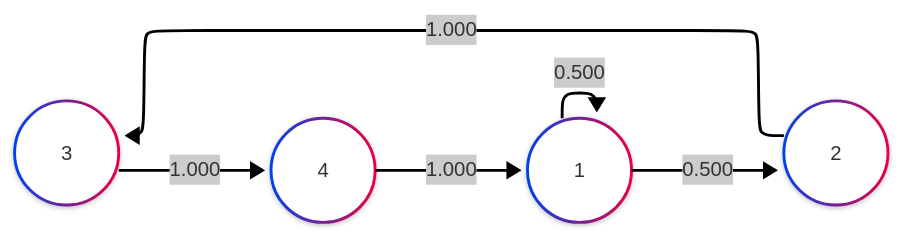
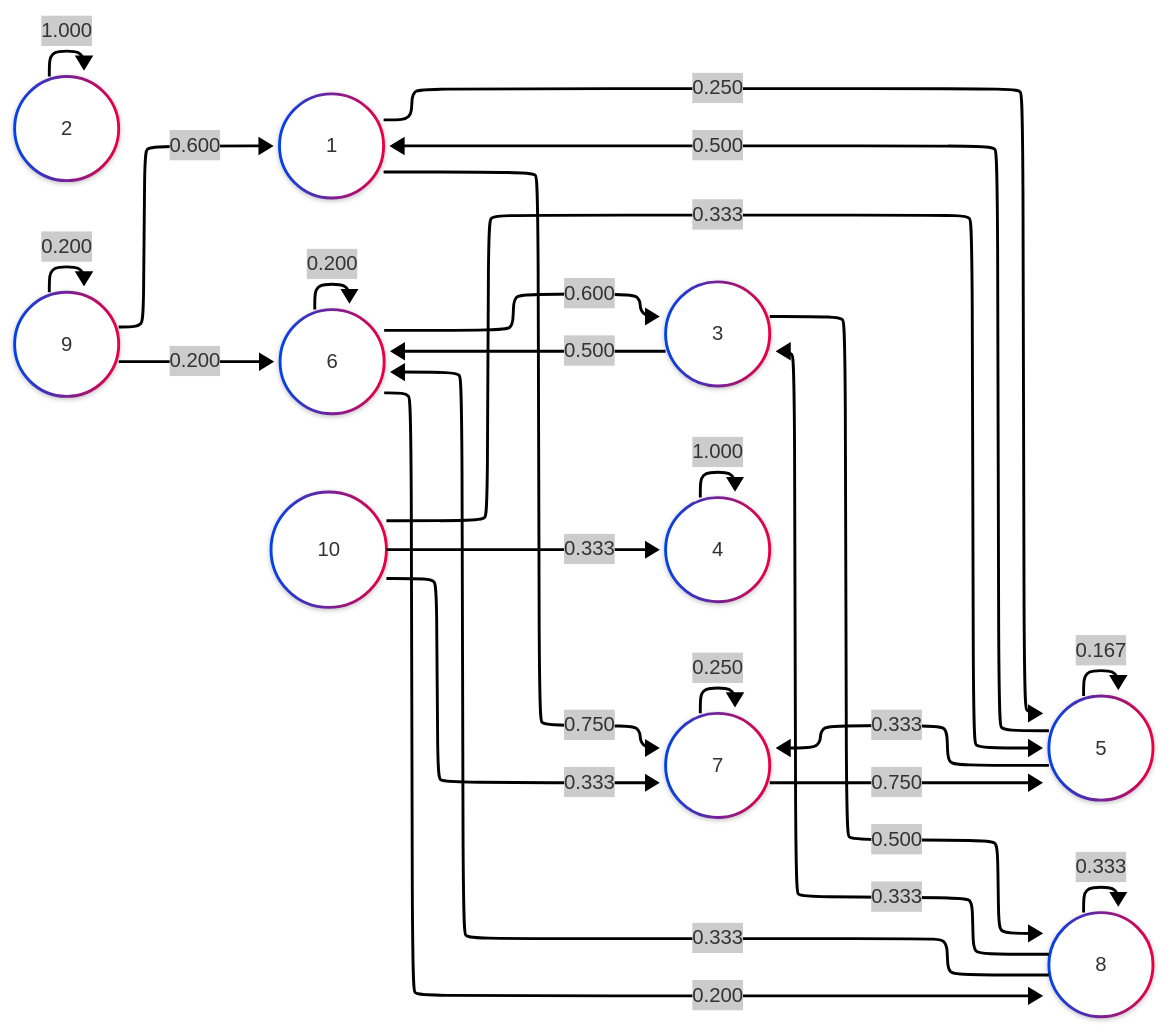
One commit to MaximedeMaury/Structures_de_donn-es_P2 changed the diagram in graphe_mermaid.mmd. Above: the diagram before and after it, drawn with Mermaid. The commit also changed 9 other files, not shown here.

```diff
--- a/graphe_mermaid.mmd
+++ b/graphe_mermaid.mmd
@@ -1,17 +1,41 @@
 ---
 config:
     layout: elk
     theme: neo
     look: neo
 ---
 flowchart LR
     N1((1))
     N2((2))
     N3((3))
     N4((4))
+    N5((5))
+    N6((6))
+    N7((7))
+    N8((8))
+    N9((9))
+    N10((10))
 
-    N1-->|0.500|N1
-    N1-->|0.500|N2
-    N2-->|1.000|N3
-    N3-->|1.000|N4
-    N4-->|1.000|N1
+    N1-->|0.250|N5
+    N1-->|0.750|N7
+    N2-->|1.000|N2
+    N3-->|0.500|N6
+    N3-->|0.500|N8
+    N4-->|1.000|N4
+    N5-->|0.500|N1
+    N5-->|0.167|N5
+    N5-->|0.333|N7
+    N6-->|0.600|N3
+    N6-->|0.200|N6
+    N6-->|0.200|N8
+    N7-->|0.750|N5
+    N7-->|0.250|N7
+    N8-->|0.333|N3
+    N8-->|0.333|N6
+    N8-->|0.333|N8
+    N9-->|0.600|N1
+    N9-->|0.200|N6
+    N9-->|0.200|N9
+    N10-->|0.333|N4
+    N10-->|0.333|N5
+    N10-->|0.333|N7
```
